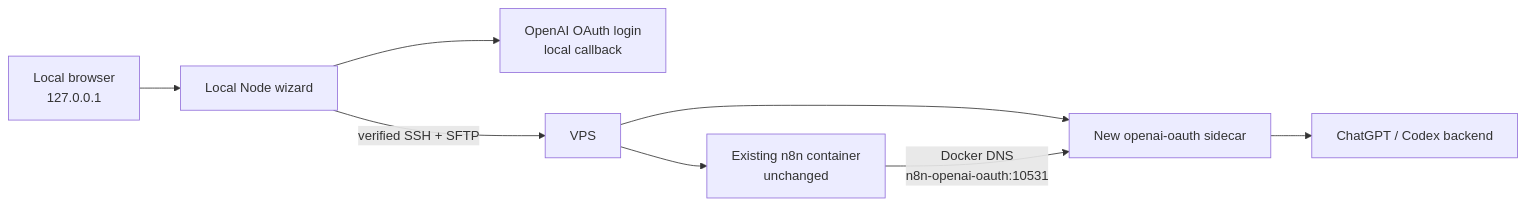
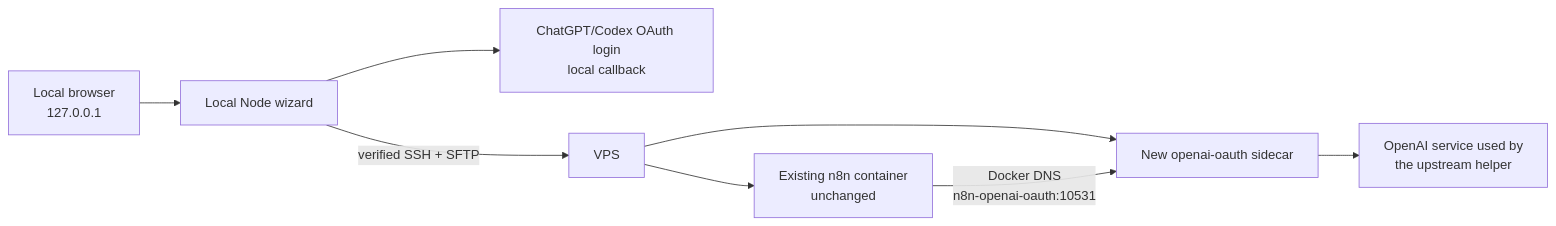
The diagram in docs/architecture.md (Demonbane18/relmio), drawn with Mermaid before and after one commit. The commit also changed other lines of this file and 37 other files, not shown here.

````diff
--- a/docs/architecture.md
+++ b/docs/architecture.md
@@ -9,10 +9,10 @@
 ```mermaid
 flowchart LR
   B["Local browser<br>127.0.0.1"] --> W["Local Node wizard"]
-  W --> O["OpenAI OAuth login<br>local callback"]
+  W --> O["ChatGPT/Codex OAuth login<br>local callback"]
   W -->|verified SSH + SFTP| V["VPS"]
   V --> N["Existing n8n container<br>unchanged"]
   V --> S["New openai-oauth sidecar"]
   N -->|Docker DNS<br>n8n-openai-oauth:10531| S
-  S --> C["ChatGPT / Codex backend"]
+  S --> C["OpenAI service used by<br>the upstream helper"]
 ```
````
